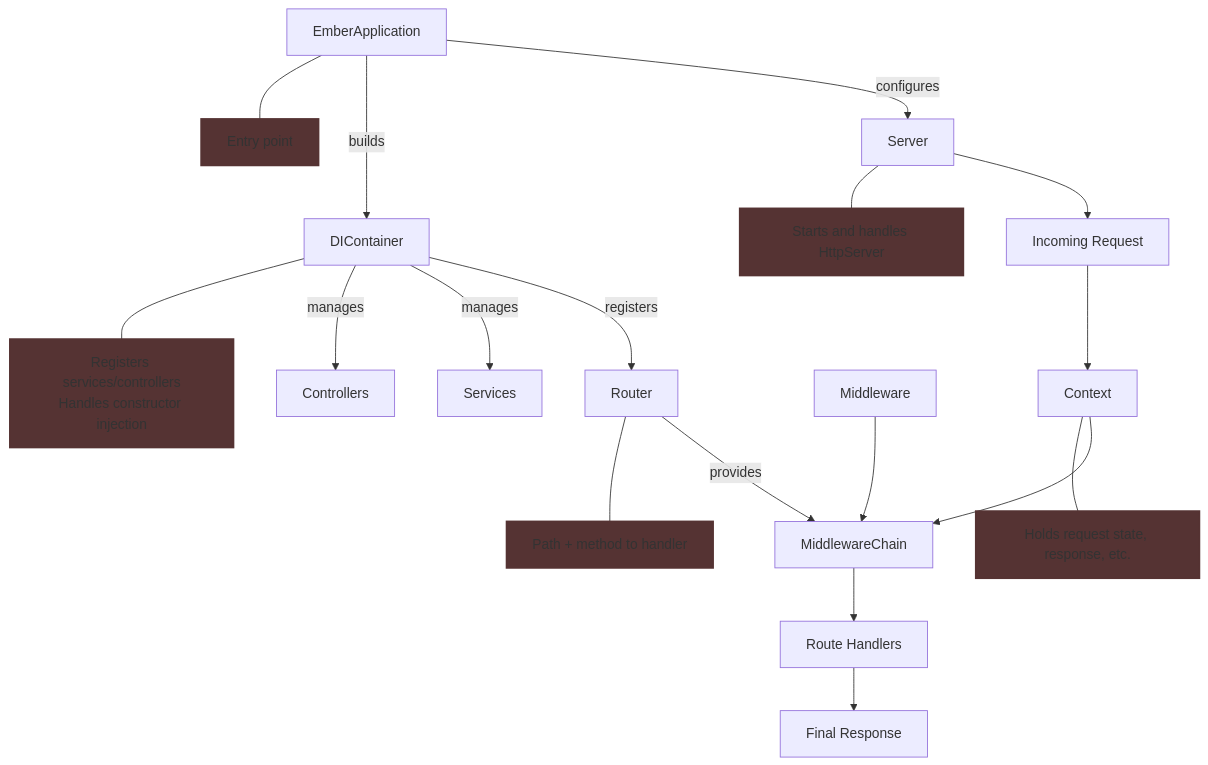
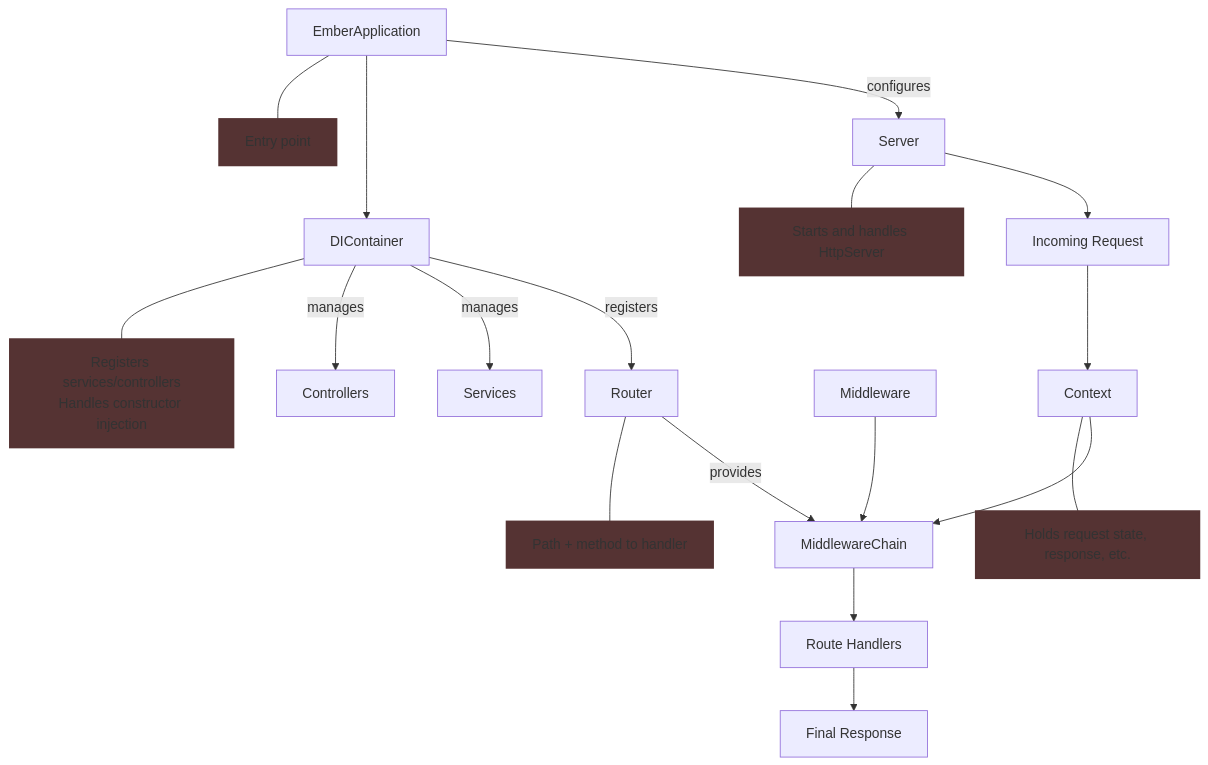
One commit to renatompf/ember-project changed the diagram in README.md. Above: the diagram before and after it, drawn with Mermaid.

````diff
--- a/README.md
+++ b/README.md
@@ -14,30 +14,30 @@
 ```mermaid
 flowchart TB
     G[Server] --> H[Incoming Request]
     H --> I[Context]
     I --> D[MiddlewareChain]
 
     A[EmberApplication] --> |configures| G
-    A --> |builds| B[DIContainer]
+    A --> B[DIContainer]
 
     B --> |registers| C[Router]
     B --> |manages| Services[Services]
     B --> |manages| Controllers[Controllers]
 
     E[Middleware] --> D
     C --> |provides| D
     D --> F[Route Handlers]
     F --> J[Final Response]
 
 %% Add notes/descriptions
     A --- Note1[Entry point]
     B --- Note2[Registers services/controllers<br/>Handles constructor injection]
     C --- Note3[Path + method to handler]
     G --- Note4[Starts and handles HttpServer]
     I --- Note5[Holds request state, response, etc.]
 
 %% Styling
     classDef note fill:#533,stroke:#533,stroke-width:2px
     class Note1,Note2,Note3,Note4,Note5 note
     
 ```
````
